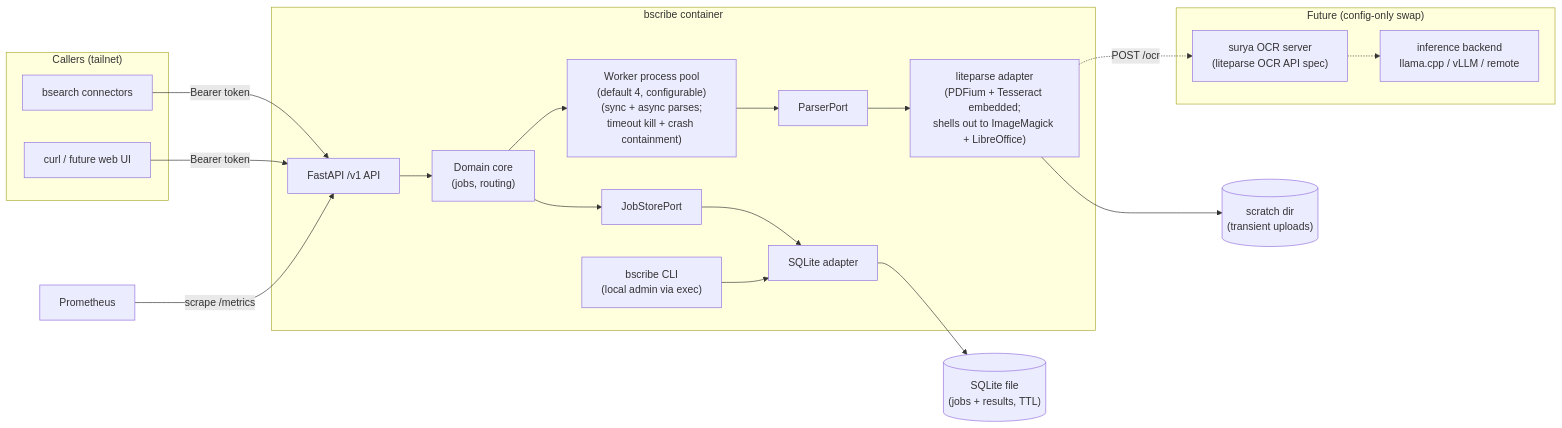
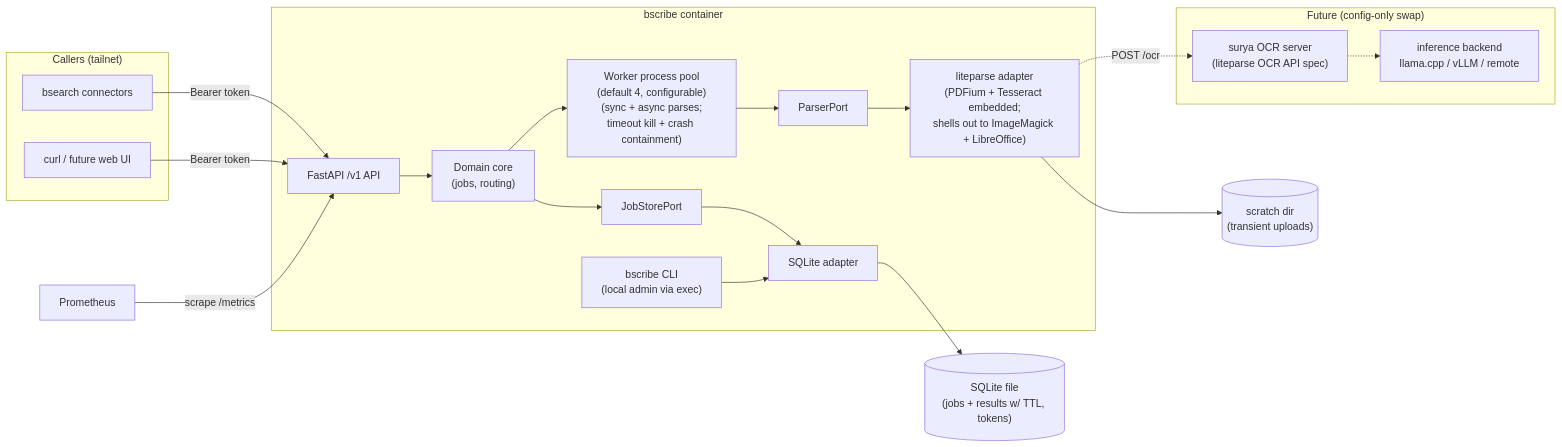
One commit to bcrisp4/bscribe changed the diagram in docs/design.md. Above: the diagram before and after it, drawn with Mermaid. The commit also changed other lines of this file, not shown here.

````diff
--- a/docs/design.md
+++ b/docs/design.md
@@ -87,36 +87,36 @@
 ```mermaid
 flowchart LR
     subgraph callers["Callers (tailnet)"]
         BS["bsearch connectors"]
         CURL["curl / future web UI"]
     end
 
     subgraph bscribe["bscribe container"]
         API["FastAPI /v1 API"]
         CORE["Domain core<br/>(jobs, routing)"]
         WP["Worker process pool<br/>(default 4, configurable)<br/>(sync + async parses;<br/>timeout kill + crash containment)"]
         PP["ParserPort"]
         JS["JobStorePort"]
         LP["liteparse adapter<br/>(PDFium + Tesseract embedded;<br/>shells out to ImageMagick + LibreOffice)"]
         SQ["SQLite adapter"]
         CLI["bscribe CLI<br/>(local admin via exec)"]
     end
 
     SCRATCH[("scratch dir<br/>(transient uploads)")]
-    DB[("SQLite file<br/>(jobs + results, TTL)")]
+    DB[("SQLite file<br/>(jobs + results w/ TTL, tokens)")]
     PROM["Prometheus"]
 
     subgraph future["Future (config-only swap)"]
         OCRS["surya OCR server<br/>(liteparse OCR API spec)"]
         INF["inference backend<br/>llama.cpp / vLLM / remote"]
     end
 
     BS & CURL -->|"Bearer token"| API
     API --> CORE --> WP
     CORE --> JS --> SQ --> DB
     CLI --> SQ
     WP --> PP --> LP
     LP --> SCRATCH
     PROM -->|"scrape /metrics"| API
     LP -.->|"POST /ocr"| OCRS -.-> INF
 ```
````
